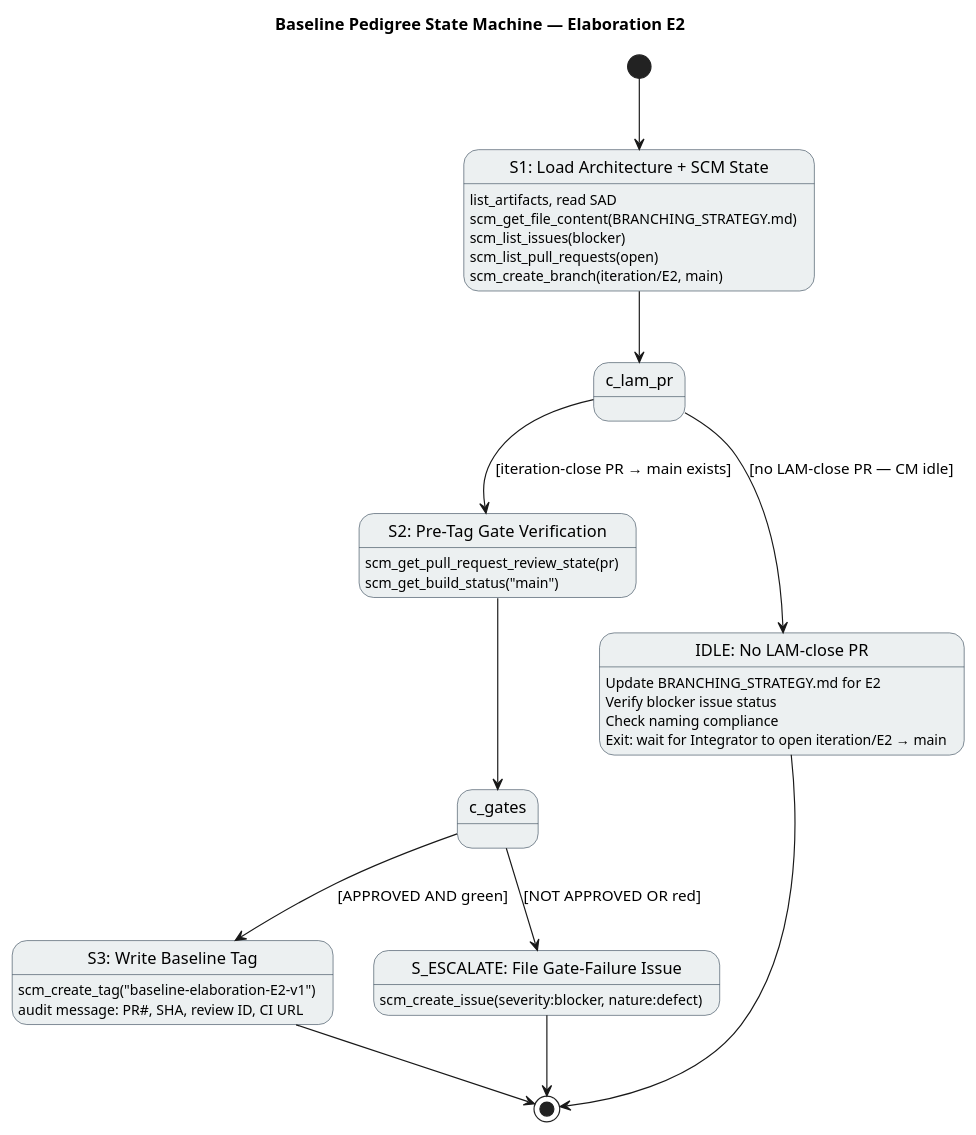
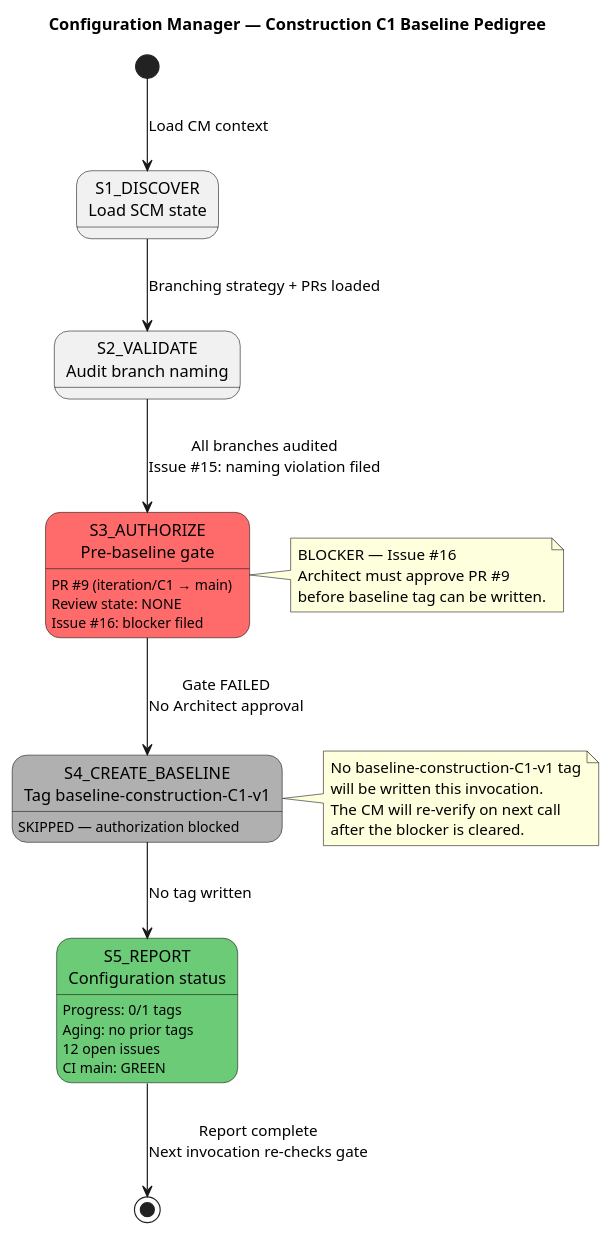
One commit to banense-test/portal-cuba-corp changed the second of 2 diagrams in docs/BRANCHING_STRATEGY.md. Above: the diagram before and after it, drawn with PlantUML. The commit also changed other lines of this file, not shown here.

Commit message:
Update BRANCHING_STRATEGY.md for Construction C1 — phase transition, baseline pedigree diagram, branching topology component diagram, CM status reports

````diff
--- a/docs/BRANCHING_STRATEGY.md
+++ b/docs/BRANCHING_STRATEGY.md
@@ -207,54 +127,50 @@
 ```plantuml
-@startuml
-title Baseline Pedigree State Machine — Elaboration E2
+@startuml CM_Baseline_Pedigree_C1
+title Configuration Manager — Construction C1 Baseline Pedigree
 
 skinparam state {
-  BackgroundColor #ECF0F1
-  BorderColor #2C3E50
+  BackgroundColor<<blocked>> #FF6B6B
+  BackgroundColor<<passed>> #6BCB77
+  BackgroundColor<<pending>> #FFD93D
+  BackgroundColor<<skipped>> #B0B0B0
 }
 
-[*] --> S1_DISCOVER
-state "S1: Load Architecture + SCM State" as S1_DISCOVER {
-  S1_DISCOVER : list_artifacts, read SAD
-  S1_DISCOVER : scm_get_file_content(BRANCHING_STRATEGY.md)
-  S1_DISCOVER : scm_list_issues(blocker)
-  S1_DISCOVER : scm_list_pull_requests(open)
-  S1_DISCOVER : scm_create_branch(iteration/E2, main)
-}
+[*] --> S1_DISCOVER : Load CM context
 
-S1_DISCOVER --> c_lam_pr
-state c_lam_pr <<choice>>
-c_lam_pr --> S2_GATE : [iteration-close PR → main exists]
-c_lam_pr --> IDLE : [no LAM-close PR — CM idle]
+state "S1_DISCOVER\nLoad SCM state" as S1_DISCOVER
+S1_DISCOVER --> S2_VALIDATE : Branching strategy + PRs loaded
 
-state "IDLE: No LAM-close PR" as IDLE {
-  IDLE : Update BRANCHING_STRATEGY.md for E2
-  IDLE : Verify blocker issue status
-  IDLE : Check naming compliance
-  IDLE : Exit: wait for Integrator to open iteration/E2 → main
-}
-IDLE --> [*]
+state "S2_VALIDATE\nAudit branch naming" as S2_VALIDATE
+S2_VALIDATE --> S3_AUTHORIZE : All branches audited\nIssue #15: naming violation filed
 
-state "S2: Pre-Tag Gate Verification" as S2_GATE {
-  S2_GATE : scm_get_pull_request_review_state(pr)
-  S2_GATE : scm_get_build_status("main")
-}
+state "S3_AUTHORIZE\nPre-baseline gate" as S3_AUTHORIZE <<blocked>>
+S3_AUTHORIZE : PR #9 (iteration/C1 → main)
+S3_AUTHORIZE : Review state: NONE
+S3_AUTHORIZE : Issue #16: blocker filed
 
-S2_GATE --> c_gates
-state c_gates <<choice>>
-c_gates --> S3_TAG : [APPROVED AND green]
-c_gates --> S_ESCALATE : [NOT APPROVED OR red]
+state "S4_CREATE_BASELINE\nTag baseline-construction-C1-v1" as S4_SKIPPED <<skipped>>
+S4_SKIPPED : SKIPPED — authorization blocked
 
-state "S3: Write Baseline Tag" as S3_TAG {
-  S3_TAG : scm_create_tag("baseline-elaboration-E2-v1")
-  S3_TAG : audit message: PR#, SHA, review ID, CI URL
-}
-S3_TAG --> [*]
+S3_AUTHORIZE --> S4_SKIPPED : Gate FAILED\nNo Architect approval
+S4_SKIPPED --> S5_REPORT : No tag written
 
-state "S_ESCALATE: File Gate-Failure Issue" as S_ESCALATE {
-  S_ESCALATE : scm_create_issue(severity:blocker, nature:defect)
-}
-S_ESCALATE --> [*]
+state "S5_REPORT\nConfiguration status" as S5_REPORT <<passed>>
+S5_REPORT : Progress: 0/1 tags\nAging: no prior tags\n12 open issues\nCI main: GREEN
+
+S5_REPORT --> [*] : Report complete\nNext invocation re-checks gate
+
+note right of S3_AUTHORIZE
+  BLOCKER — Issue #16
+  Architect must approve PR #9
+  before baseline tag can be written.
+end note
+
+note right of S4_SKIPPED
+  No baseline-construction-C1-v1 tag
+  will be written this invocation.
+  The CM will re-verify on next call
+  after the blocker is cleared.
+end note
 
 @enduml
 ```
````
